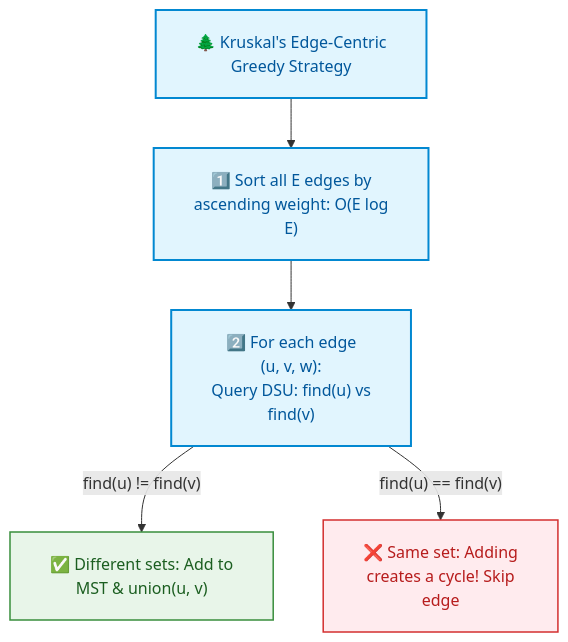
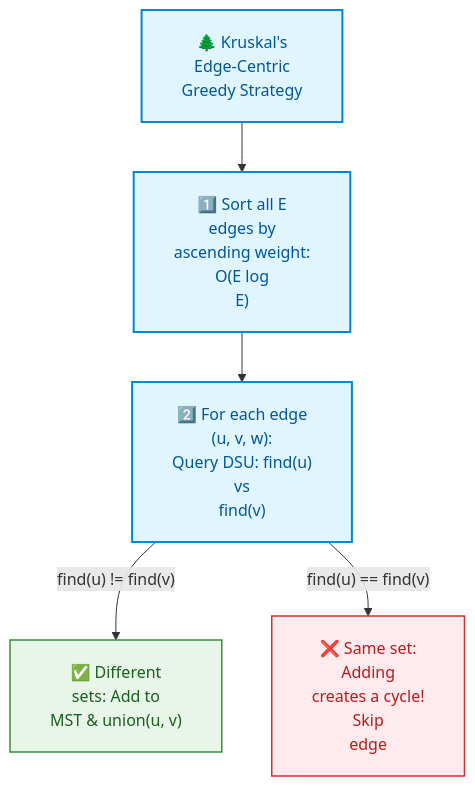
One commit to dip4k/DSA_102 changed the tenth of 15 diagrams in week_09_graph_algorithms_i/Week_09_Visual_Concepts_Playbook_HYBRID.md. Above: the diagram before and after it, drawn with Mermaid. The commit also changed other lines of this file and 106 other files, not shown here.

First line of the commit message:
fix(mermaid): prevent text clipping with foreignObject overflow and tighter line wrapping

````diff
--- a/week_09_graph_algorithms_i/Week_09_Visual_Concepts_Playbook_HYBRID.md
+++ b/week_09_graph_algorithms_i/Week_09_Visual_Concepts_Playbook_HYBRID.md
@@ -398,13 +398,13 @@
 ```mermaid
-%%{init: {"flowchart": {"htmlLabels": true, "padding": 20}}}%%
+%%{init: {"flowchart": {"htmlLabels": true, "padding": 20}, "themeCSS": "foreignObject { overflow: visible !important; }"}}%%
 flowchart TD
     classDef step fill:#e1f5fe,stroke:#0288d1,color:#01579b,stroke-width:2px;
     classDef dsu fill:#e8f5e9,stroke:#388e3c,color:#1b5e20,stroke-width:1.5px;
     classDef prune fill:#ffebee,stroke:#d32f2f,color:#b71c1c,stroke-width:1.5px;
 
-    K["🌲 Kruskal's Edge-Centric<br/>Greedy Strategy"]:::step
-    K --> S1["1️⃣ Sort all E edges by<br/>ascending weight: O(E log<br/>E)"]:::step
-    S1 --> S2["2️⃣ For each edge<br/>(u, v, w):<br/>Query DSU: find(u) vs<br/>find(v)"]:::step
-    S2 -->|"find(u) != find(v)"| Add["✅ Different sets: Add to<br/>MST & union(u, v)"]:::dsu
-    S2 -->|"find(u) == find(v)"| Skip["❌ Same set: Adding<br/>creates a cycle! Skip<br/>edge"]:::prune
+    K["🌲 Kruskal's<br/>Edge-Centric<br/>Greedy Strategy"]:::step
+    K --> S1["1️⃣ Sort all E<br/>edges by<br/>ascending weight:<br/>O(E log<br/>E)"]:::step
+    S1 --> S2["2️⃣ For each edge<br/>(u, v, w):<br/>Query DSU: find(u)<br/>vs<br/>find(v)"]:::step
+    S2 -->|"find(u) != find(v)"| Add["✅ Different<br/>sets: Add to<br/>MST & union(u, v)"]:::dsu
+    S2 -->|"find(u) == find(v)"| Skip["❌ Same set:<br/>Adding<br/>creates a cycle!<br/>Skip<br/>edge"]:::prune
 ```
````
